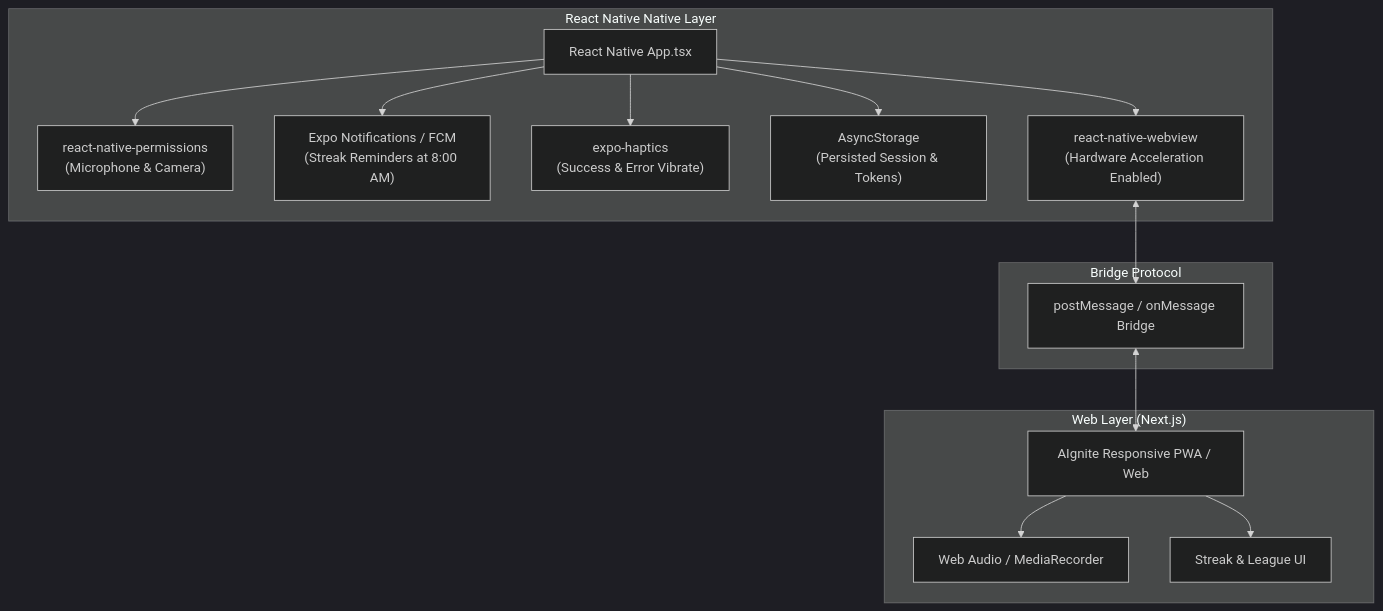
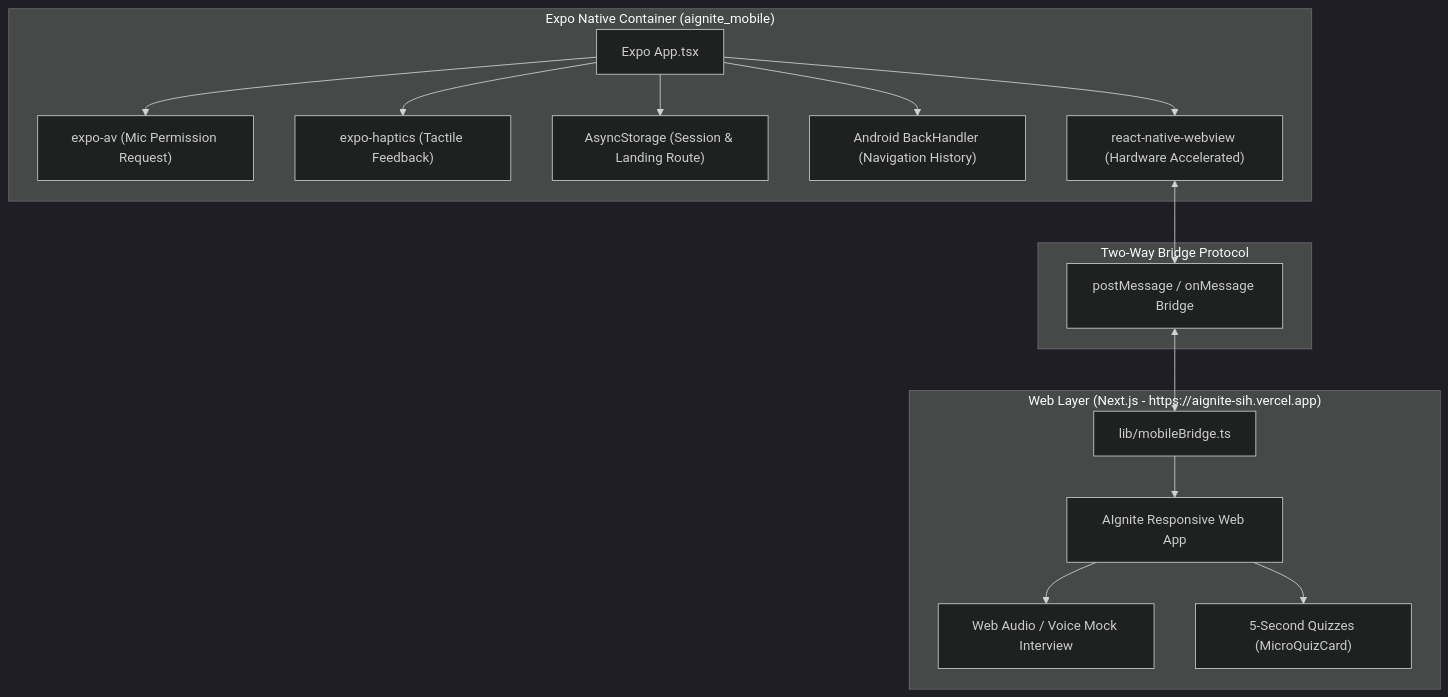
One commit to EdwinRodger/aignite changed the diagram in docs/MOBILE_APP_ARCHITECTURE.md. Above: the diagram before and after it, drawn with Mermaid (dark theme). The commit also changed other lines of this file and 17 other files, not shown here.

First line of the commit message:
feat(feed): transform AI Sparks into interactive micro-learning feed with reels, quizzes, and job postings

````diff
--- a/docs/MOBILE_APP_ARCHITECTURE.md
+++ b/docs/MOBILE_APP_ARCHITECTURE.md
@@ -16,31 +22,33 @@
 ```mermaid
 graph TD
-    subgraph "React Native Native Layer"
-        RNRoot["React Native App.tsx"]
-        PermManager["react-native-permissions\n(Microphone & Camera)"]
-        NotifService["Expo Notifications / FCM\n(Streak Reminders at 8:00 AM)"]
-        Haptics["expo-haptics\n(Success & Error Vibrate)"]
-        Storage["AsyncStorage\n(Persisted Session & Tokens)"]
-        RNWebView["react-native-webview\n(Hardware Acceleration Enabled)"]
+    subgraph "Expo Native Container (aignite_mobile)"
+        AppRoot["Expo App.tsx"]
+        ExpoAV["expo-av (Mic Permission Request)"]
+        Haptics["expo-haptics (Tactile Feedback)"]
+        Storage["AsyncStorage (Session & Landing Route)"]
+        BackHandler["Android BackHandler (Navigation History)"]
+        RNWebView["react-native-webview (Hardware Accelerated)"]
     end
 
-    subgraph "Bridge Protocol"
+    subgraph "Two-Way Bridge Protocol"
         JSBridge["postMessage / onMessage Bridge"]
     end
 
-    subgraph "Web Layer (Next.js)"
-        WebClient["AIgnite Responsive PWA / Web"]
-        MicCapture["Web Audio / MediaRecorder"]
-        StreakTracker["Streak & League UI"]
+    subgraph "Web Layer (Next.js - https://aignite-sih.vercel.app)"
+        WebClient["AIgnite Responsive Web App"]
+        SpeechCoach["Web Audio / Voice Mock Interview"]
+        MicroQuiz["5-Second Quizzes (MicroQuizCard)"]
+        BridgeHelper["lib/mobileBridge.ts"]
     end
 
-    RNRoot --> RNWebView
-    RNRoot --> PermManager
-    RNRoot --> NotifService
-    RNRoot --> Haptics
-    RNRoot --> Storage
+    AppRoot --> RNWebView
+    AppRoot --> ExpoAV
+    AppRoot --> Haptics
+    AppRoot --> Storage
+    AppRoot --> BackHandler
 
-    RNWebView <--> JSBridge <--> WebClient
-    WebClient --> MicCapture
-    WebClient --> StreakTracker
+    RNWebView <--> JSBridge <--> BridgeHelper
+    BridgeHelper --> WebClient
+    WebClient --> SpeechCoach
+    WebClient --> MicroQuiz
 ```
````
